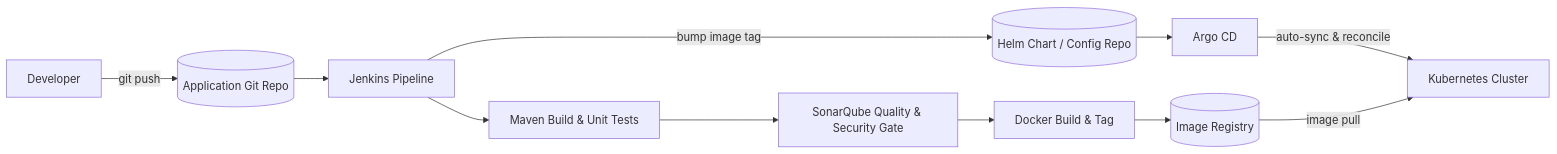
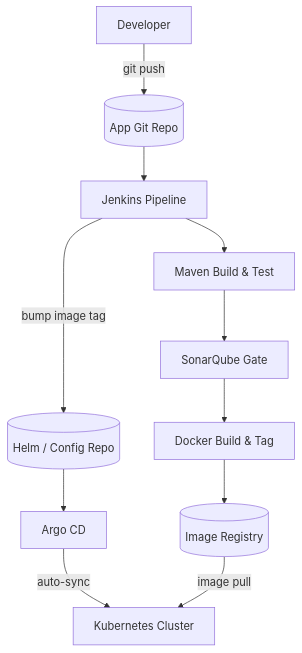
One commit to VenkataNaveenReddyYaparla/VenkataNaveenReddyYaparla changed the second of 3 diagrams in README.md. Above: the diagram before and after it, drawn with Mermaid. The commit also changed other lines of this file, not shown here.

Commit message:
Refactor mermaid diagrams in README.md for improved clarity and formatting

````diff
--- a/README.md
+++ b/README.md
@@ -148,13 +149,13 @@
 ```mermaid
-flowchart LR
-    DEV["Developer"] -->|"git push"| SRC[("Application Git Repo")]
+flowchart TB
+    DEV["Developer"] -->|"git push"| SRC[("App Git Repo")]
     SRC --> JEN["Jenkins Pipeline"]
-    JEN --> MVN["Maven Build &amp; Unit Tests"]
-    MVN --> SON["SonarQube Quality &amp; Security Gate"]
+    JEN --> MVN["Maven Build &amp; Test"]
+    MVN --> SON["SonarQube Gate"]
     SON --> DKR["Docker Build &amp; Tag"]
     DKR --> REG[("Image Registry")]
-    JEN -->|"bump image tag"| HELM[("Helm Chart / Config Repo")]
+    JEN -->|"bump image tag"| HELM[("Helm / Config Repo")]
     HELM --> ARGO["Argo CD"]
-    ARGO -->|"auto-sync &amp; reconcile"| K8S["Kubernetes Cluster"]
+    ARGO -->|"auto-sync"| K8S["Kubernetes Cluster"]
     REG -->|"image pull"| K8S
 ```
````
